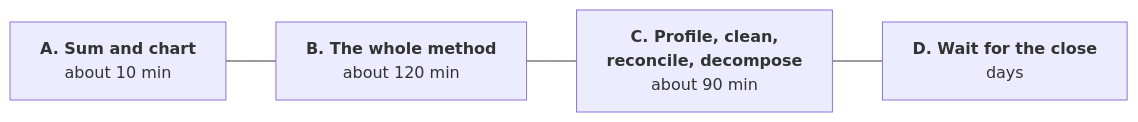
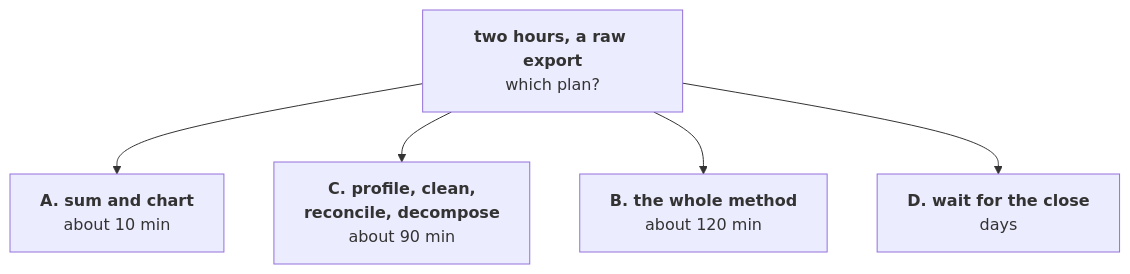
The diagram in content/W01/D5/exercises/unguided/C2_W01_D05_timed_cases_STUDENT.md (fde-academy-lab/c2-content-factory), drawn with Mermaid before and after one commit. The commit also changed other lines of this file and 21 other files, not shown here.

````diff
--- a/content/W01/D5/exercises/unguided/C2_W01_D05_timed_cases_STUDENT.md
+++ b/content/W01/D5/exercises/unguided/C2_W01_D05_timed_cases_STUDENT.md
@@ -25,6 +25,7 @@
 ```mermaid
-flowchart LR
-    A["<b>A. Sum and chart</b><br/>about 10 min"] --- B["<b>B. The whole method</b><br/>about 120 min"]
-    B --- C["<b>C. Profile, clean,<br/>reconcile, decompose</b><br/>about 90 min"]
-    C --- D["<b>D. Wait for the close</b><br/>days"]
+flowchart TB
+    Q["<b>two hours, a raw export</b><br/>which plan?"] --> A["<b>A. sum and chart</b><br/>about 10 min"]
+    Q --> C["<b>C. profile, clean,<br/>reconcile, decompose</b><br/>about 90 min"]
+    Q --> B["<b>B. the whole method</b><br/>about 120 min"]
+    Q --> D["<b>D. wait for the close</b><br/>days"]
 ```
````
